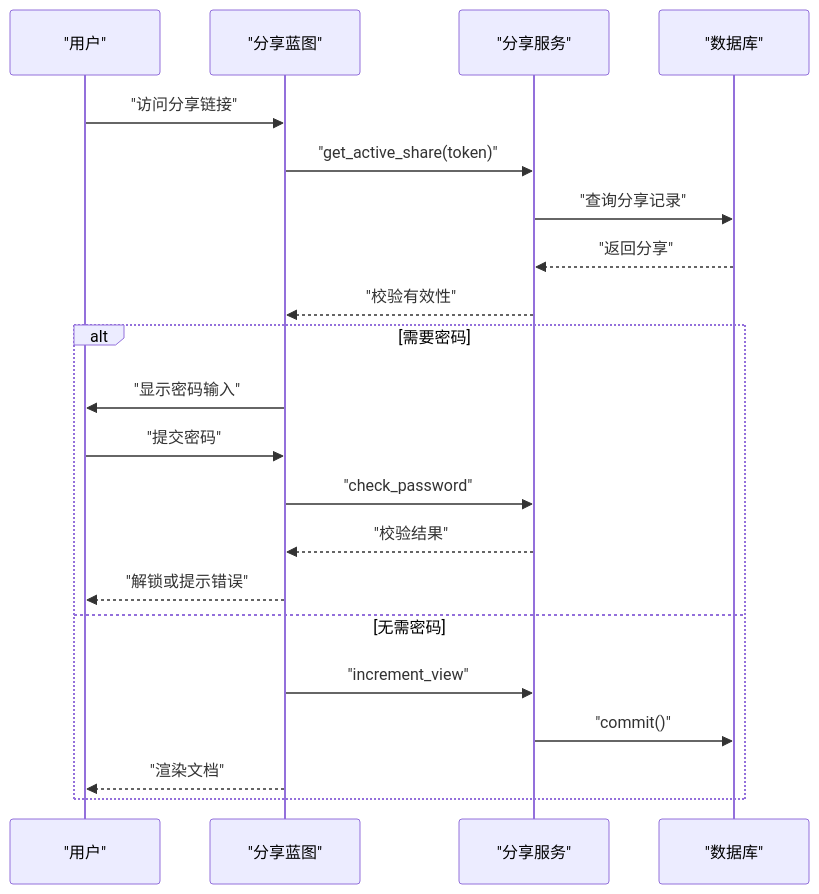
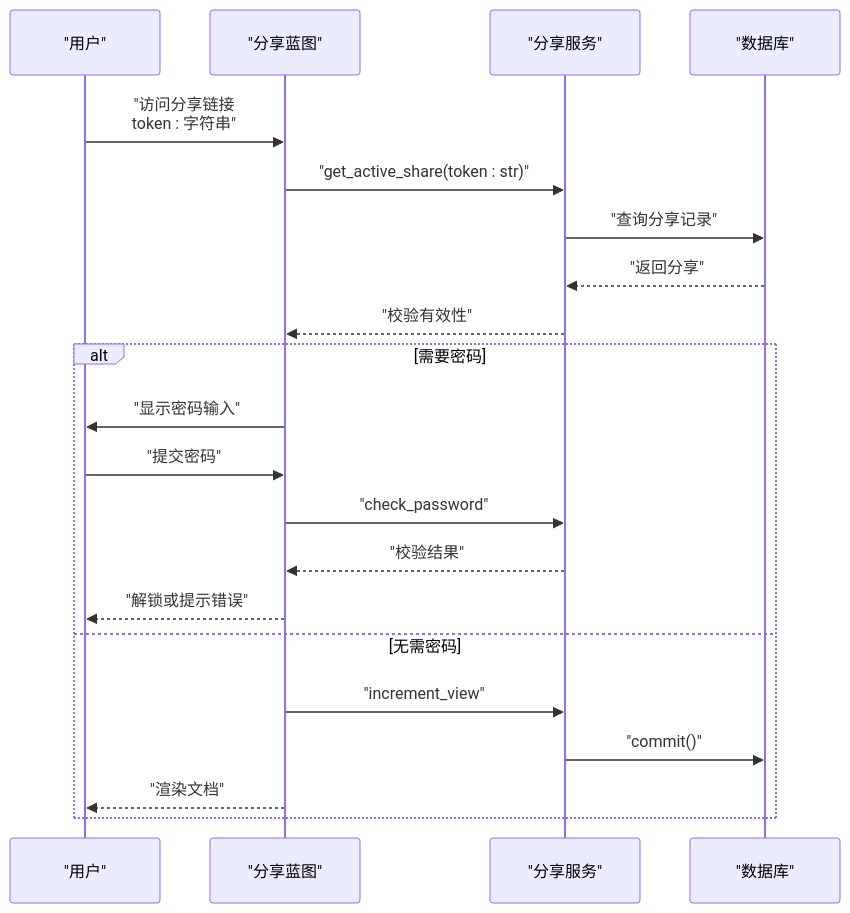
Before and after one commit to beyondalbert/my_wiki: the sixth of 8 diagrams in .qoder/repowiki/zh/content/核心模块/文档管理系统/文档服务层.md, drawn with Mermaid. The commit also changed other lines of this file and 21 other files, not shown here.

````diff
--- a/.qoder/repowiki/zh/content/核心模块/文档管理系统/文档服务层.md
+++ b/.qoder/repowiki/zh/content/核心模块/文档管理系统/文档服务层.md
@@ -239,23 +245,23 @@
 ```mermaid
 sequenceDiagram
 participant U as "用户"
 participant S as "分享蓝图"
 participant SH as "分享服务"
 participant M as "数据库"
-U->>S : "访问分享链接"
-S->>SH : "get_active_share(token)"
+U->>S : "访问分享链接<br/>token : 字符串"
+S->>SH : "get_active_share(token : str)"
 SH->>M : "查询分享记录"
 M-->>SH : "返回分享"
 SH-->>S : "校验有效性"
 alt 需要密码
 S->>U : "显示密码输入"
 U->>S : "提交密码"
 S->>SH : "check_password"
 SH-->>S : "校验结果"
 S-->>U : "解锁或提示错误"
 else 无需密码
 S->>SH : "increment_view"
 SH->>M : "commit()"
 S-->>U : "渲染文档"
 end
 ```
````
